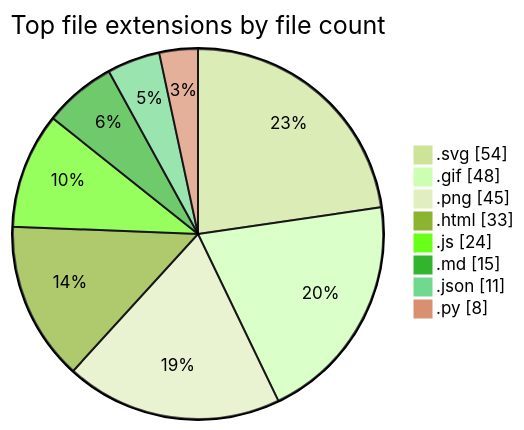
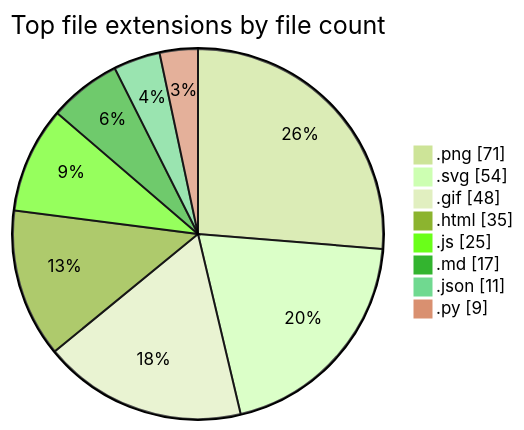
Before and after one commit to tchinso/tchinso: the second of 2 diagrams in README.md, drawn with Mermaid (forest theme). The commit also changed other lines of this file, not shown here.

````diff
--- a/README.md
+++ b/README.md
@@ -46,12 +46,12 @@
 ```mermaid
 pie showData
     title Top file extensions by file count
+    ".png" : 71
     ".svg" : 54
     ".gif" : 48
-    ".png" : 45
-    ".html" : 33
-    ".js" : 24
-    ".md" : 15
+    ".html" : 35
+    ".js" : 25
+    ".md" : 17
     ".json" : 11
-    ".py" : 8
+    ".py" : 9
 ```
````
